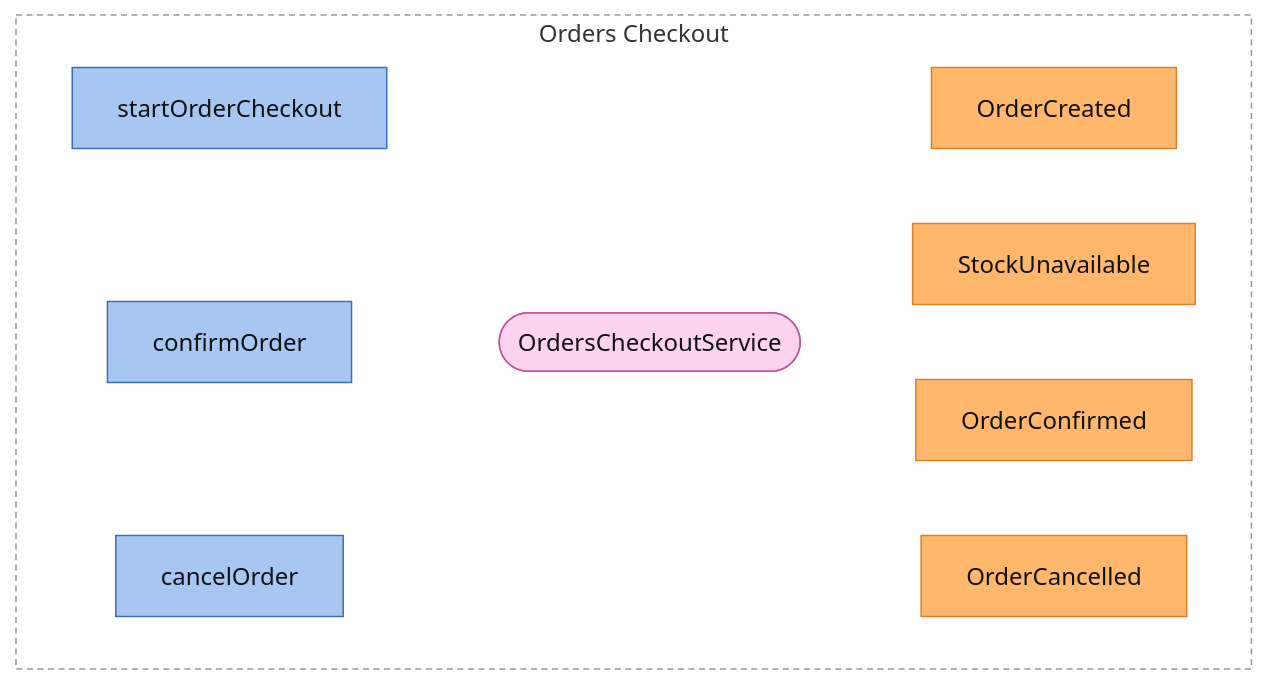
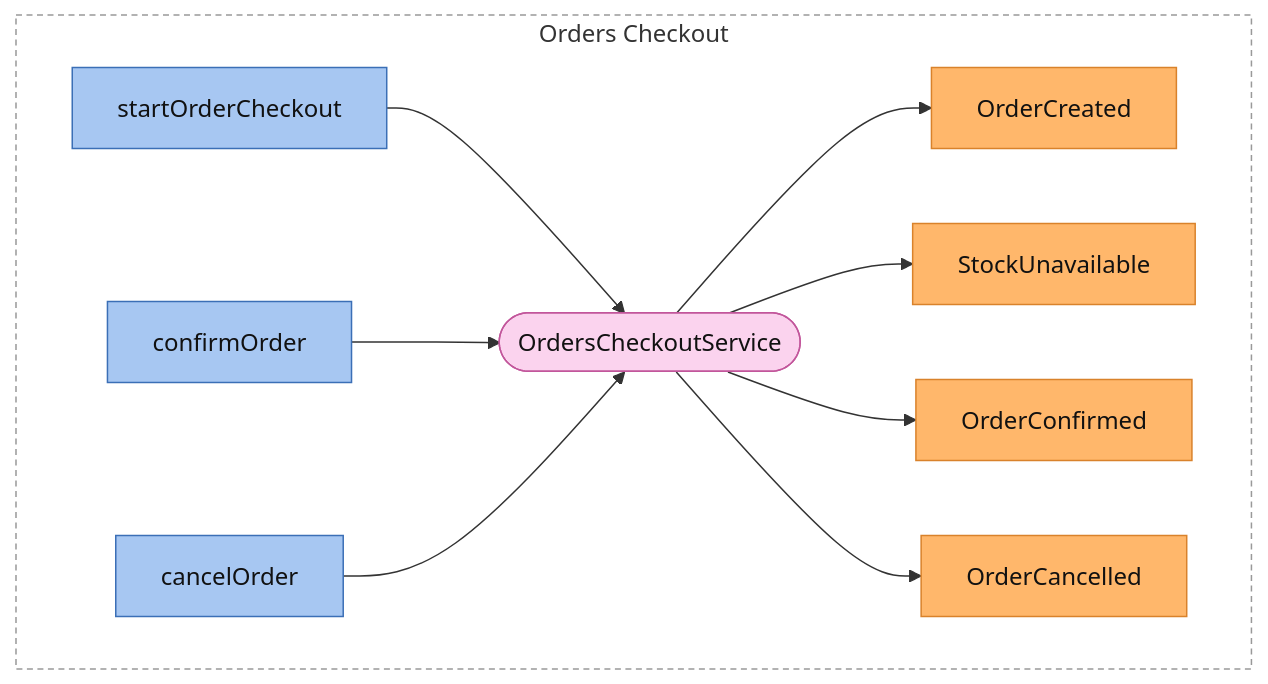
One commit to ZenWave360/dsl-kotlin changed the first of 3 diagrams in dsl-docs/src/commonTest/resources/snapshots/orders-checkout/architecture.md. Above: the diagram before and after it, drawn with Mermaid. The commit also changed other lines of this file and 6 other files, not shown here.

Commit message:
feat(views,docs): overview with command-service-event arrows, architecture sections reordered, ZFL happy paths on architecture page

````diff
--- a/dsl-docs/src/commonTest/resources/snapshots/orders-checkout/architecture.md
+++ b/dsl-docs/src/commonTest/resources/snapshots/orders-checkout/architecture.md
@@ -12,28 +13,21 @@
 ```mermaid
 flowchart LR
   classDef command fill:#a7c7f2,stroke:#3b6fb6,color:#111
+  classDef service fill:#fbd3ee,stroke:#c2569b,color:#111
   classDef event fill:#ffb76b,stroke:#d9822b,color:#111
-  classDef service fill:#fbd3ee,stroke:#c2569b,color:#111
   subgraph sg_OrdersCheckout["Orders Checkout"]
     direction LR
-    OrdersCheckout__c_OrdersCheckoutService_startOrderCheckout["startOrderCheckout"]
-    OrdersCheckout__c_OrdersCheckoutService_confirmOrder["confirmOrder"]
-    OrdersCheckout__c_OrdersCheckoutService_cancelOrder["cancelOrder"]
-    OrdersCheckout__e_OrderCreated["OrderCreated"]
-    OrdersCheckout__e_StockUnavailable["StockUnavailable"]
-    OrdersCheckout__e_OrderConfirmed["OrderConfirmed"]
-    OrdersCheckout__e_OrderCancelled["OrderCancelled"]
-    OrdersCheckout__s_OrdersCheckoutService(["OrdersCheckoutService"])
+    OrdersCheckout_startOrderCheckout["startOrderCheckout"] --> OrdersCheckout_OrdersCheckoutService
+    OrdersCheckout_confirmOrder["confirmOrder"] --> OrdersCheckout_OrdersCheckoutService
+    OrdersCheckout_cancelOrder["cancelOrder"] --> OrdersCheckout_OrdersCheckoutService
+    OrdersCheckout_OrdersCheckoutService(["OrdersCheckoutService"])
+    OrdersCheckout_OrdersCheckoutService --> OrdersCheckout_OrderCreated["OrderCreated"]
+    OrdersCheckout_OrdersCheckoutService --> OrdersCheckout_StockUnavailable["StockUnavailable"]
+    OrdersCheckout_OrdersCheckoutService --> OrdersCheckout_OrderConfirmed["OrderConfirmed"]
+    OrdersCheckout_OrdersCheckoutService --> OrdersCheckout_OrderCancelled["OrderCancelled"]
   end
-  OrdersCheckout__c_OrdersCheckoutService_startOrderCheckout ~~~ OrdersCheckout__s_OrdersCheckoutService
-  OrdersCheckout__c_OrdersCheckoutService_confirmOrder ~~~ OrdersCheckout__s_OrdersCheckoutService
-  OrdersCheckout__c_OrdersCheckoutService_cancelOrder ~~~ OrdersCheckout__s_OrdersCheckoutService
-  OrdersCheckout__s_OrdersCheckoutService ~~~ OrdersCheckout__e_OrderCreated
-  OrdersCheckout__s_OrdersCheckoutService ~~~ OrdersCheckout__e_StockUnavailable
-  OrdersCheckout__s_OrdersCheckoutService ~~~ OrdersCheckout__e_OrderConfirmed
-  OrdersCheckout__s_OrdersCheckoutService ~~~ OrdersCheckout__e_OrderCancelled
-  class OrdersCheckout__c_OrdersCheckoutService_startOrderCheckout,OrdersCheckout__c_OrdersCheckoutService_confirmOrder,OrdersCheckout__c_OrdersCheckoutService_cancelOrder command
-  class OrdersCheckout__s_OrdersCheckoutService service
-  class OrdersCheckout__e_OrderCreated,OrdersCheckout__e_StockUnavailable,OrdersCheckout__e_OrderConfirmed,OrdersCheckout__e_OrderCancelled event
+  class OrdersCheckout_startOrderCheckout,OrdersCheckout_confirmOrder,OrdersCheckout_cancelOrder command
+  class OrdersCheckout_OrdersCheckoutService service
+  class OrdersCheckout_OrderCreated,OrdersCheckout_StockUnavailable,OrdersCheckout_OrderConfirmed,OrdersCheckout_OrderCancelled event
   style sg_OrdersCheckout fill:#ffffff,stroke:#999999,stroke-dasharray:4 3,color:#333333
 ```
````
